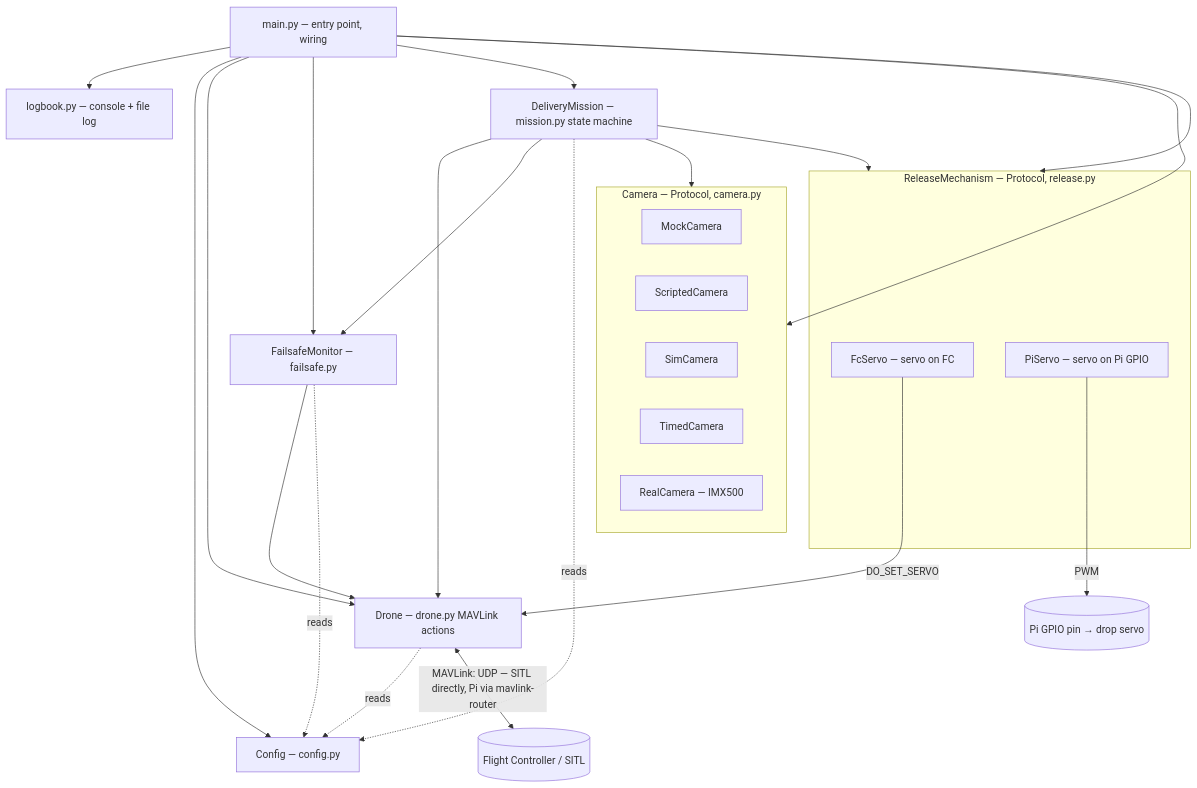
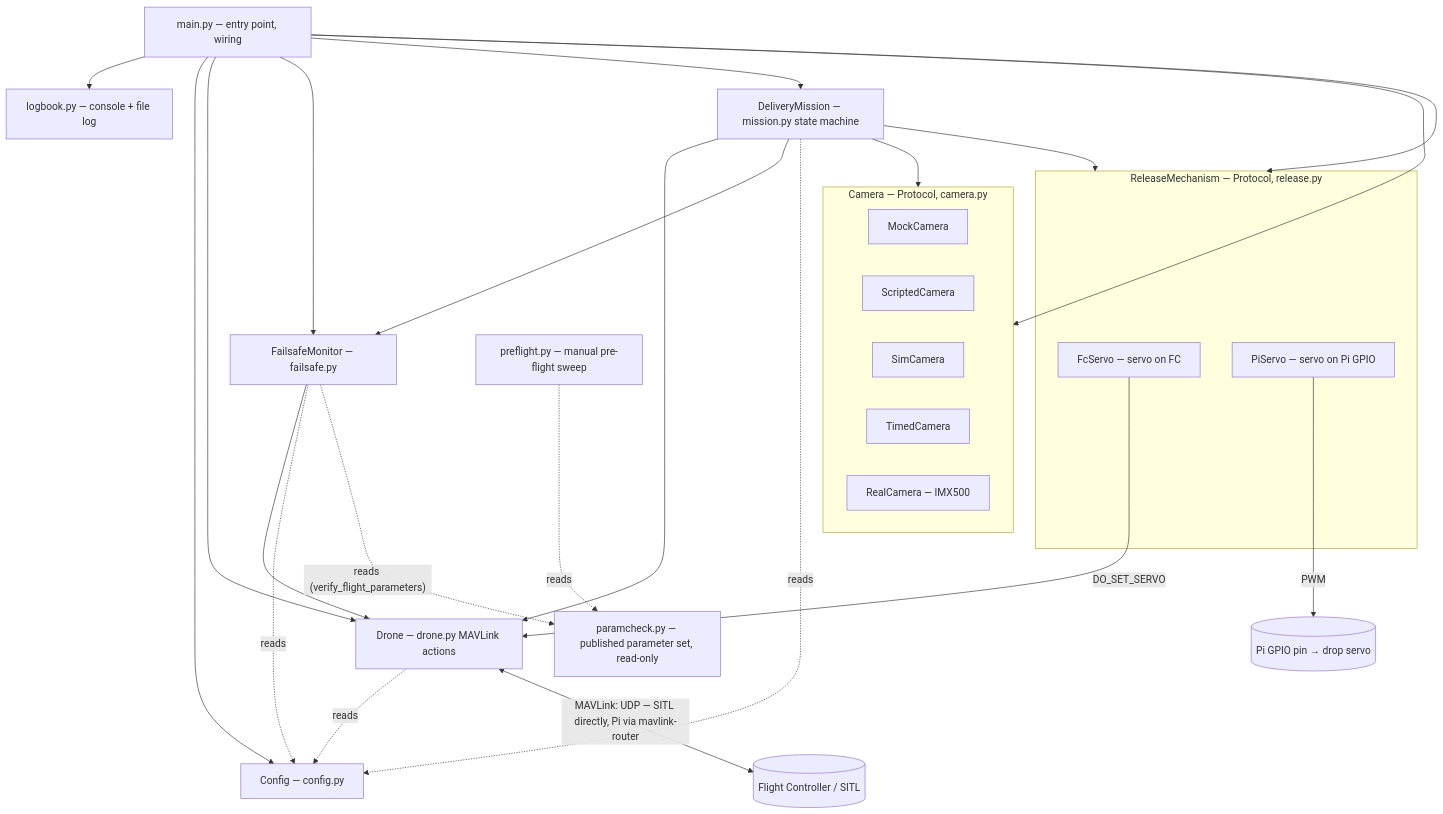
One commit to ki-drohnen-ss26/Pi-Code changed the first of 6 diagrams in docs/ARCHITECTURE.md. Above: the diagram before and after it, drawn with Mermaid. The commit also changed other lines of this file and 15 other files, not shown here.

````diff
--- a/docs/ARCHITECTURE.md
+++ b/docs/ARCHITECTURE.md
@@ -15,44 +15,48 @@
 ```mermaid
 flowchart TB
     main["main.py — entry point, wiring"]
     cfg["Config — config.py"]
     logb["logbook.py — console + file log"]
     mission["DeliveryMission — mission.py state machine"]
     drone["Drone — drone.py MAVLink actions"]
     fs["FailsafeMonitor — failsafe.py"]
+    pc["paramcheck.py — published parameter set, read-only"]
+    pre["preflight.py — manual pre-flight sweep"]
     fc[("Flight Controller / SITL")]
 
     subgraph cam["Camera — Protocol, camera.py"]
         mock["MockCamera"]
         scripted["ScriptedCamera"]
         sim["SimCamera"]
         timed["TimedCamera"]
         real["RealCamera — IMX500"]
     end
 
     subgraph rel["ReleaseMechanism — Protocol, release.py"]
         fcservo["FcServo — servo on FC"]
         piservo["PiServo — servo on Pi GPIO"]
     end
     gpio[("Pi GPIO pin → drop servo")]
 
     main --> logb
     main --> cfg
     main --> drone
     main --> cam
     main --> rel
     main --> fs
     main --> mission
 
     mission --> drone
     mission --> cam
     mission --> rel
     mission --> fs
     mission -.->|reads| cfg
     fs --> drone
     fs -.->|reads| cfg
+    fs -.->|"reads (verify_flight_parameters)"| pc
+    pre -.->|reads| pc
     drone -.->|reads| cfg
     drone <-->|"MAVLink: UDP — SITL directly, Pi via mavlink-router"| fc
     fcservo -->|"DO_SET_SERVO"| drone
     piservo -->|"PWM"| gpio
 ```
````
